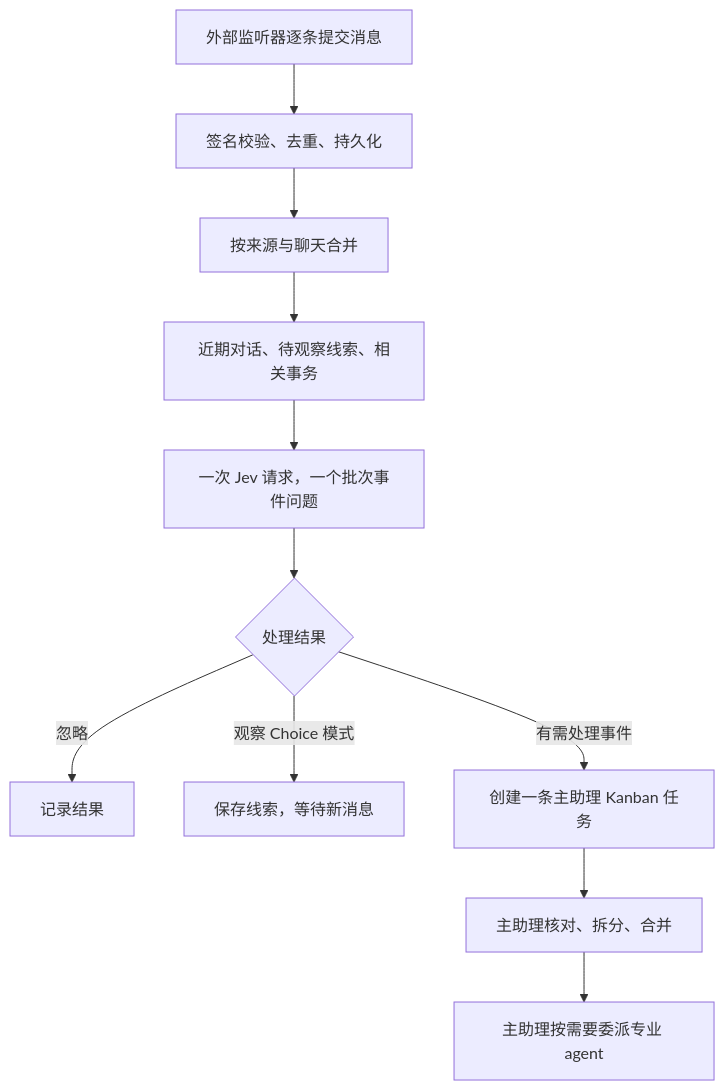
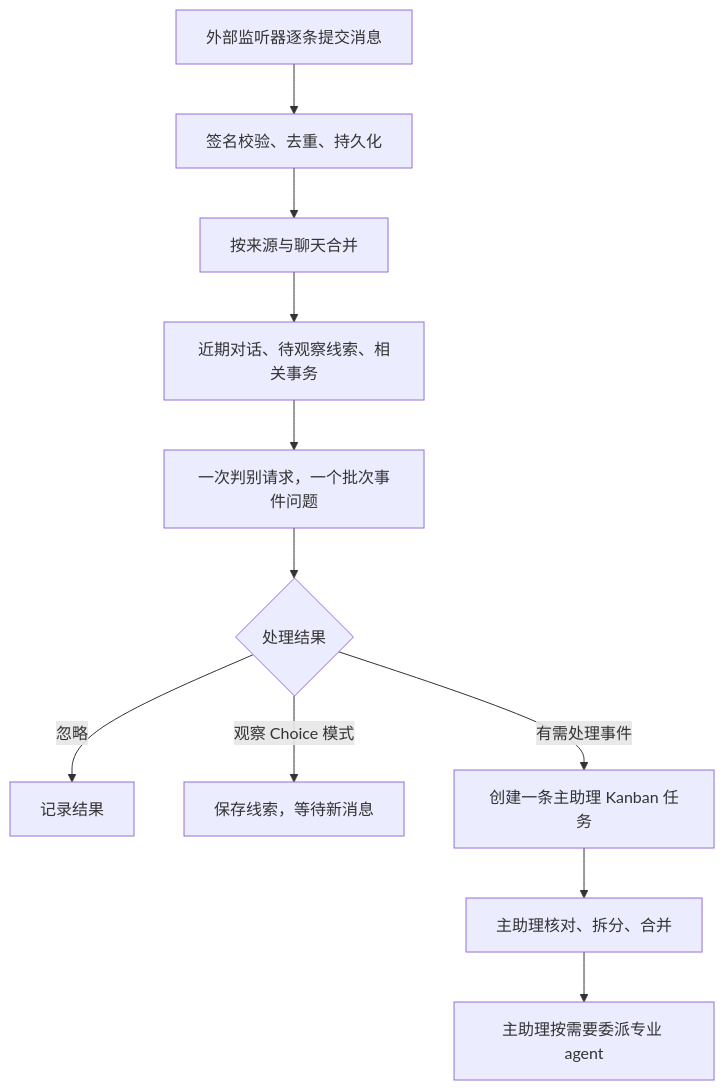
Before and after one commit to xyyhhh/hermes-wechat-router: the diagram in README.md, drawn with Mermaid. The commit also changed other lines of this file and 18 other files, not shown here.

````diff
--- a/README.md
+++ b/README.md
@@ -11,13 +11,13 @@
 ```mermaid
 flowchart TD
     A[外部监听器逐条提交消息] --> B[签名校验、去重、持久化]
     B --> C[按来源与聊天合并]
     C --> D[近期对话、待观察线索、相关事务]
-    D --> E[一次 Jev 请求，一个批次事件问题]
+    D --> E[一次判别请求，一个批次事件问题]
     E --> F{处理结果}
     F -->|忽略| G[记录结果]
     F -->|观察 Choice 模式| H[保存线索，等待新消息]
     F -->|有需处理事件| I[创建一条主助理 Kanban 任务]
     I --> J[主助理核对、拆分、合并]
     J --> K[主助理按需要委派专业 agent]
 ```
````
